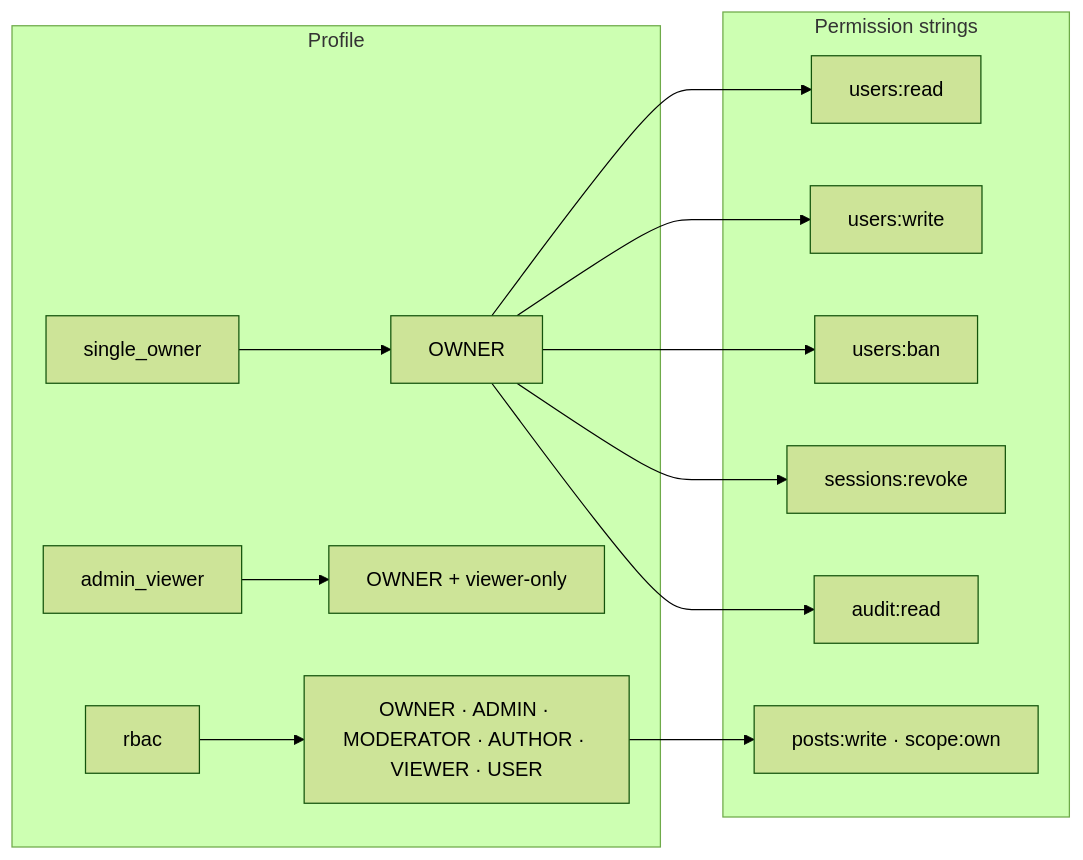
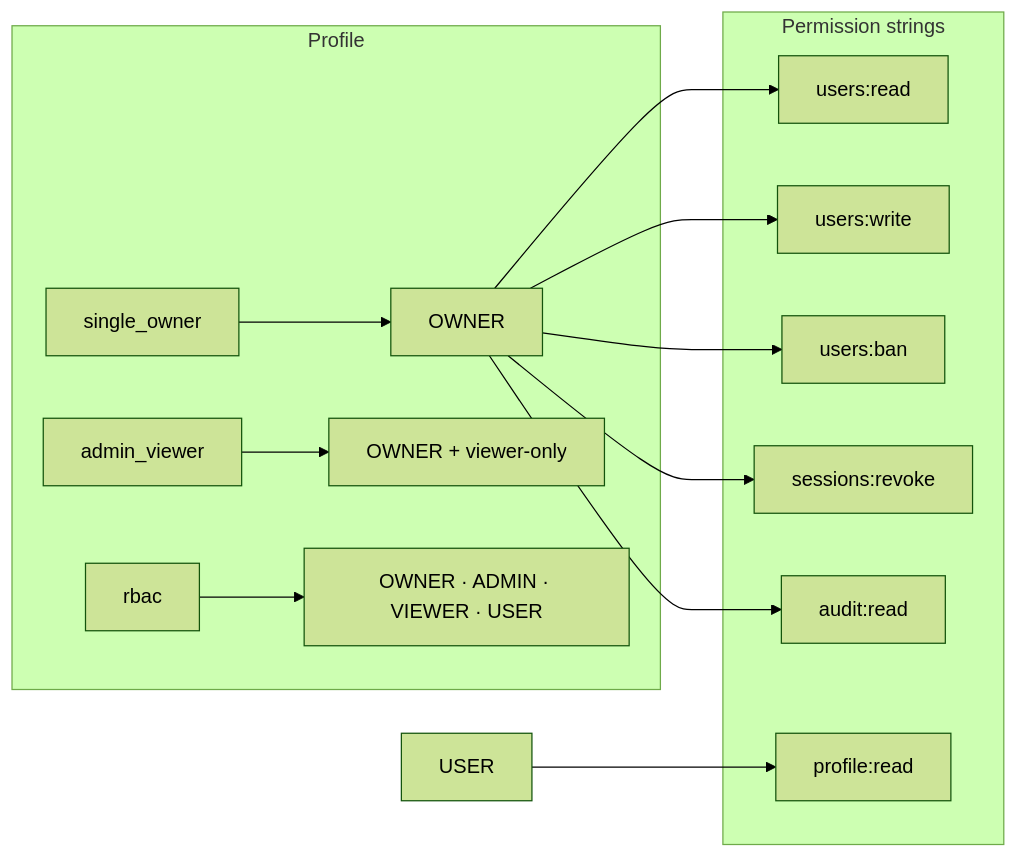
The second of 2 diagrams in README.md (coreline-ai/coreline-auth-module), drawn with Mermaid (forest theme) before and after one commit. The commit also changed other lines of this file and 77 other files, not shown here.

````diff
--- a/README.md
+++ b/README.md
@@ -473,20 +472,20 @@
 ```mermaid
 flowchart LR
     subgraph Profile
         SO[single_owner] --> OWNER
         AV[admin_viewer] --> A1[OWNER + viewer-only]
-        RB[rbac] --> ALL[OWNER · ADMIN · MODERATOR · AUTHOR · VIEWER · USER]
+        RB[rbac] --> ALL[OWNER · ADMIN · VIEWER · USER]
     end
 
     subgraph Permissions["Permission strings"]
         users_read["users:read"]
         users_write["users:write"]
         users_ban["users:ban"]
         sessions_revoke["sessions:revoke"]
         audit_read["audit:read"]
-        posts_write["posts:write · scope:own"]
+        profile_read["profile:read"]
     end
 
     OWNER --> users_read & users_write & users_ban & sessions_revoke & audit_read
-    ALL --> posts_write
+    USER --> profile_read
 ```
````
